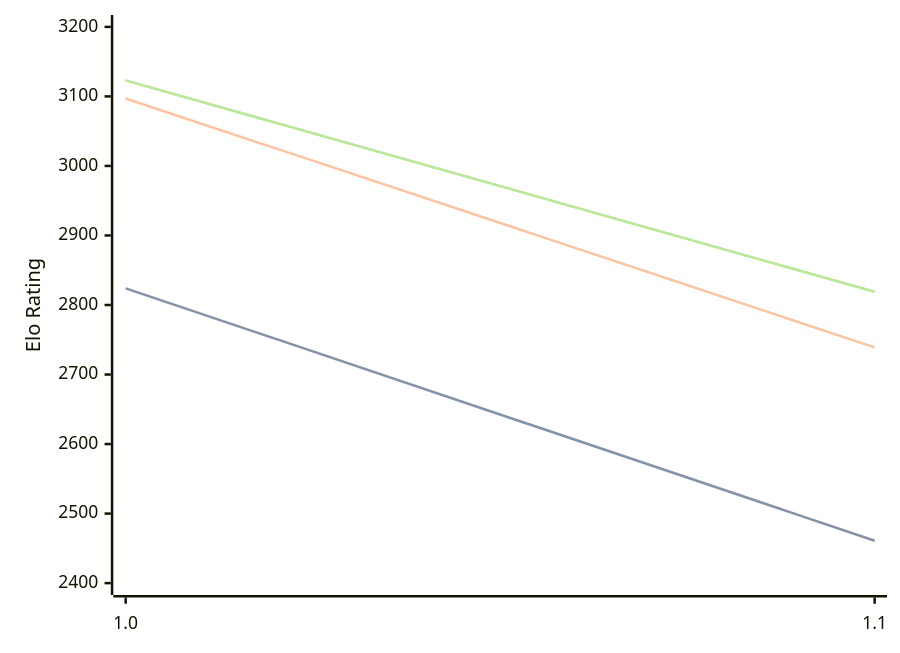
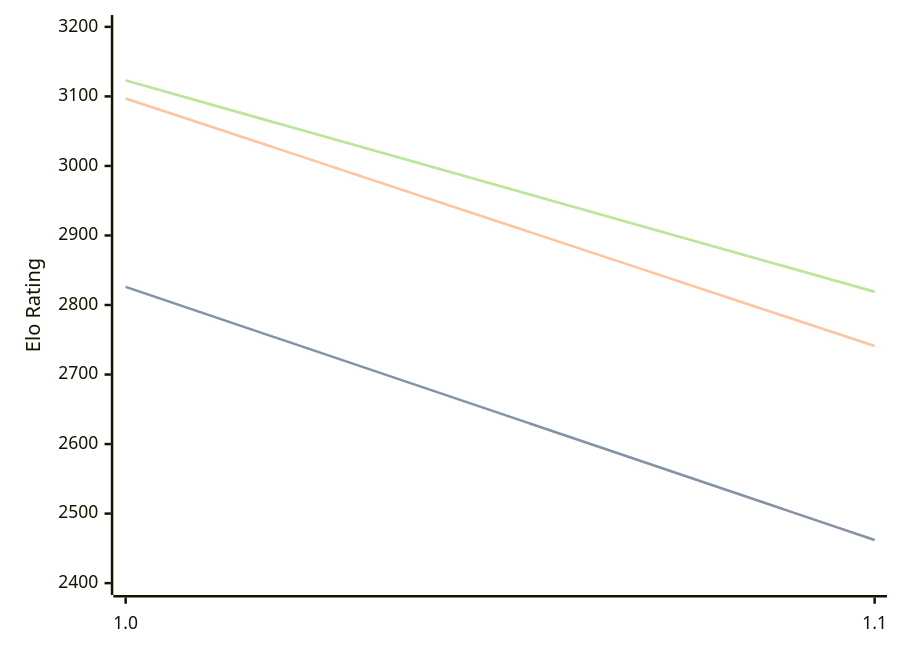
One commit to computer-chess-index/cci changed the diagram in engines/Publius.md. Above: the diagram before and after it, drawn with Mermaid. The commit also changed other lines of this file, not shown here.

````diff
--- a/engines/Publius.md
+++ b/engines/Publius.md
@@ -32,11 +32,11 @@
 ```mermaid
 %%{init: {"theme":"base","themeVariables":{"seriesColors:['#a3a3a3','#222221','#faa371']}}}%%
 xychart-beta
   x-axis ["1.0", "1.1"]
   y-axis "Elo Rating" 2400 --> 3200
-  line "STC (8.0+0.08s)" [2824, 2461]
-  line "STC (8.0+0.08s)" [2824, 2461]
-  line "LTC (60.0+0.60s)" [3097, 2739]
+  line "STC (8.0+0.08s)" [2826, 2462]
+  line "STC (8.0+0.08s)" [2826, 2462]
+  line "LTC (60.0+0.60s)" [3097, 2741]
   line "VLTC (2m24s+1.12s)" [3123, 2819]
   line "VLTC (2m24s+1.12s)" [3123, 2819]
 ```
````
